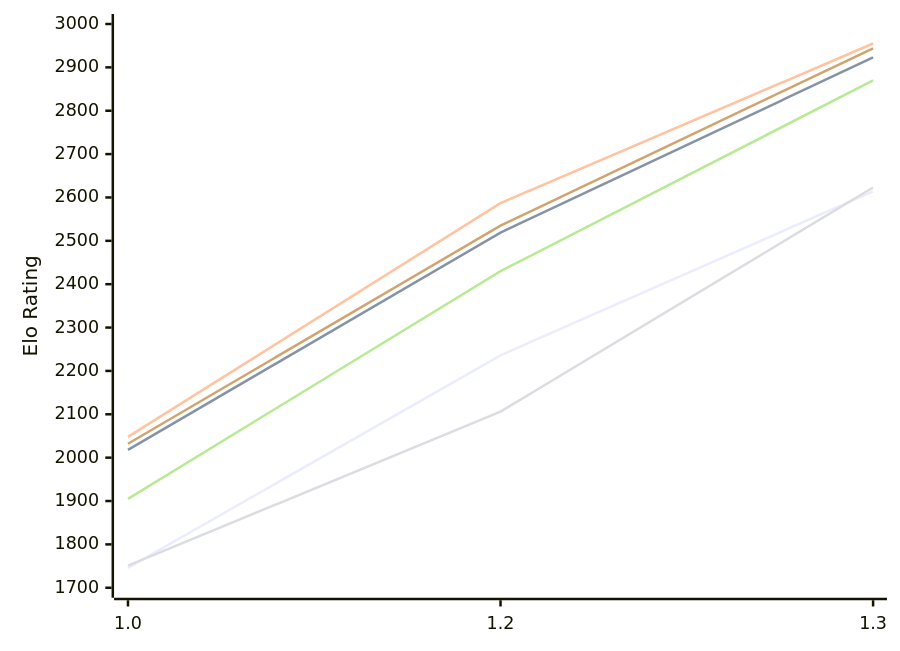
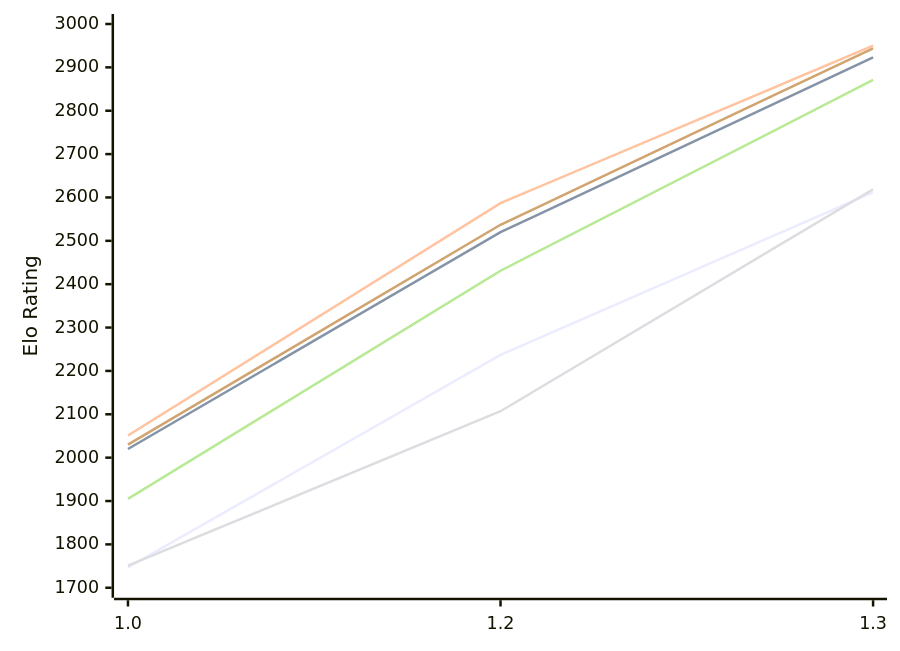
Before and after one commit to computer-chess-index/cci: the first of 2 diagrams in engines/Echekinator.md, drawn with Mermaid. The commit also changed other lines of this file, not shown here.

Commit message:
Update CCI Ratings (ELO VLTC) - 2026-11-19

````diff
--- a/engines/Echekinator.md
+++ b/engines/Echekinator.md
@@ -52,12 +52,12 @@
 ```mermaid
 %%{init: {"theme":"base","themeVariables":{"seriesColors:['#a3a3a3','#222221','#faa371']}}}%%
 xychart-beta
   x-axis ["1.0", "1.2", "1.3"]
   y-axis "Elo Rating" 1700 --> 3000
-  line "E1: STC (8.0+0.08s)" [1746, 2236, 2614]
-  line "E1: LTC (60.0+0.60s)" [2018, 2519, 2923]
-  line "E1: VLTC (2m24s+1.12s)" [2048, 2587, 2955]
-  line "P1: STC (8.0+0.08s)" [1751, 2106, 2623]
-  line "P1: LTC (60.0+0.60s)" [1905, 2430, 2870]
-  line "P1: VLTC (2m24s+1.12s)" [2032, 2535, 2944]
+  line "E1: STC (8.0+0.08s)" [1747, 2237, 2612]
+  line "E1: LTC (60.0+0.60s)" [2020, 2520, 2923]
+  line "E1: VLTC (2m24s+1.12s)" [2051, 2587, 2950]
+  line "P1: STC (8.0+0.08s)" [1751, 2107, 2619]
+  line "P1: LTC (60.0+0.60s)" [1905, 2431, 2871]
+  line "P1: VLTC (2m24s+1.12s)" [2030, 2537, 2944]
 ```
````
